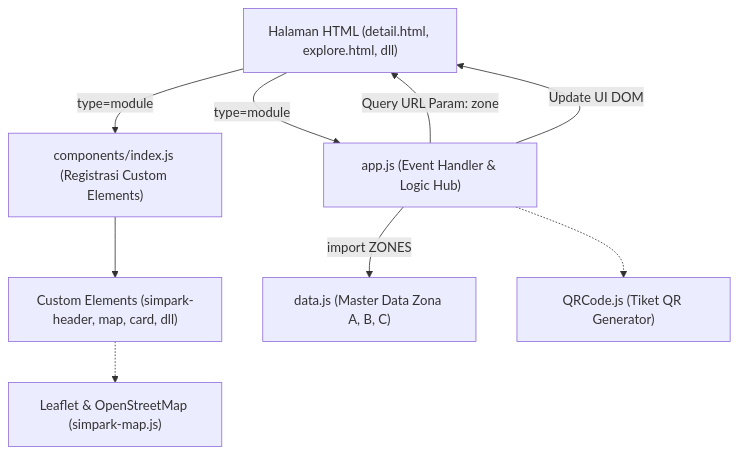
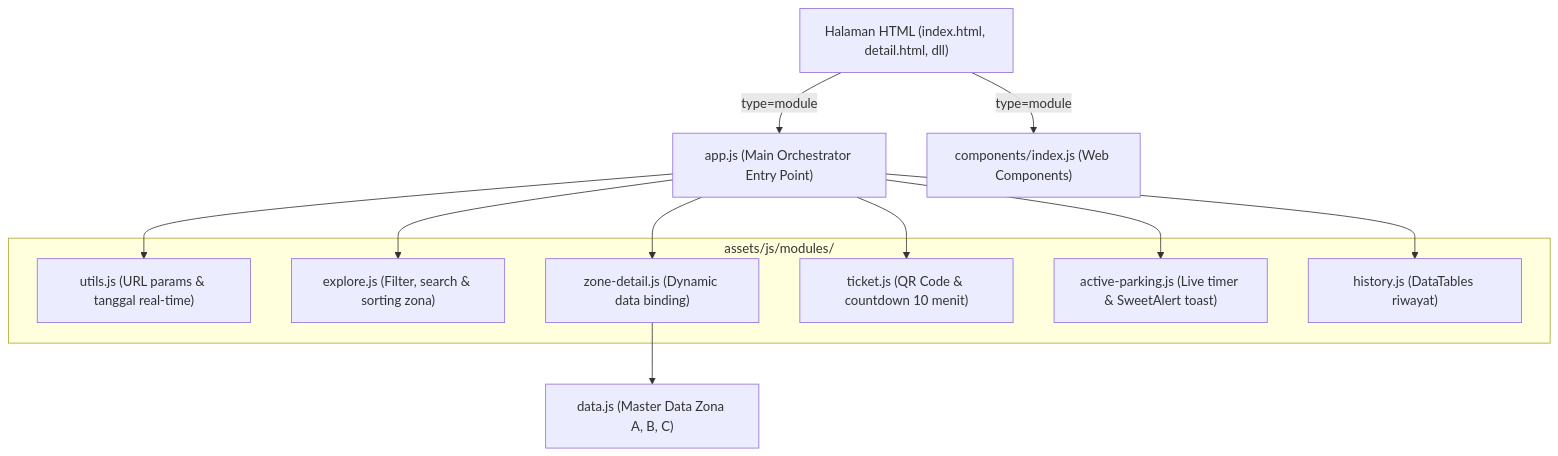
Before and after one commit to adityarajadn/SIMPARK: the diagram in assets/js/README.md, drawn with Mermaid. The commit also changed other lines of this file and 7 other files, not shown here.

Commit message:
refactor(js): modularize app.js into dedicated page and feature modules

````diff
--- a/assets/js/README.md
+++ b/assets/js/README.md
@@ -11,20 +11,29 @@
 ```mermaid
 flowchart TD
-    HTML["Halaman HTML (detail.html, explore.html, dll)"]
-    ComponentsIndex["components/index.js (Registrasi Custom Elements)"]
-    WebComponents["Custom Elements (simpark-header, map, card, dll)"]
-    AppJS["app.js (Event Handler & Logic Hub)"]
+    HTML["Halaman HTML (index.html, detail.html, dll)"]
+    AppJS["app.js (Main Orchestrator Entry Point)"]
+    
+    subgraph Modules["assets/js/modules/"]
+        Utils["utils.js (URL params & tanggal real-time)"]
+        Explore["explore.js (Filter, search & sorting zona)"]
+        Detail["zone-detail.js (Dynamic data binding)"]
+        Ticket["ticket.js (QR Code & countdown 10 menit)"]
+        Active["active-parking.js (Live timer & SweetAlert toast)"]
+        History["history.js (DataTables riwayat)"]
+    end
+
     DataJS["data.js (Master Data Zona A, B, C)"]
-    LeafletMap["Leaflet & OpenStreetMap (simpark-map.js)"]
-    QRCodeLib["QRCode.js (Tiket QR Generator)"]
-
-    HTML -->|"type=module"| ComponentsIndex
-    ComponentsIndex --> WebComponents
-    WebComponents -.-> LeafletMap
+    ComponentsIndex["components/index.js (Web Components)"]
 
     HTML -->|"type=module"| AppJS
-    AppJS -->|"import ZONES"| DataJS
-    AppJS -->|"Query URL Param: zone"| HTML
-    AppJS -->|"Update UI DOM"| HTML
-    AppJS -.-> QRCodeLib
+    HTML -->|"type=module"| ComponentsIndex
+
+    AppJS --> Utils
+    AppJS --> Explore
+    AppJS --> Detail
+    AppJS --> Ticket
+    AppJS --> Active
+    AppJS --> History
+
+    Detail --> DataJS
 ```
````
